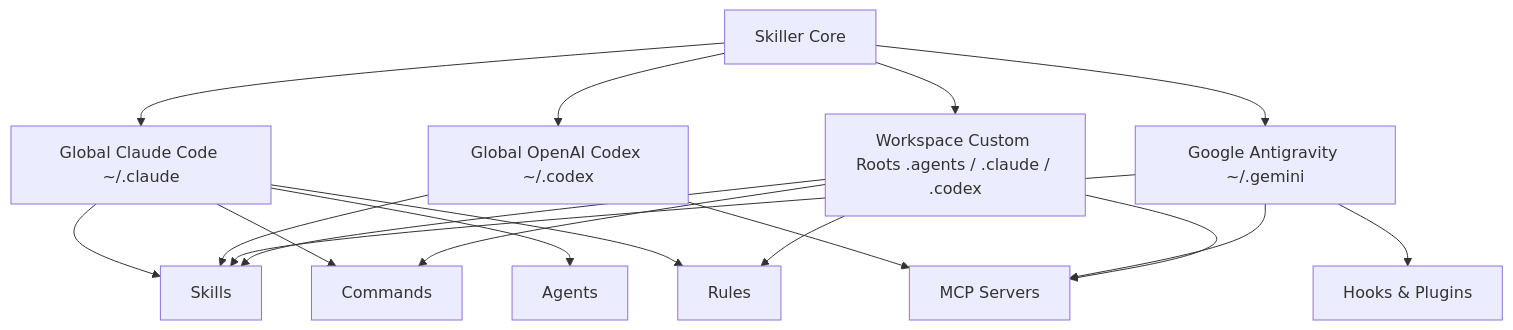
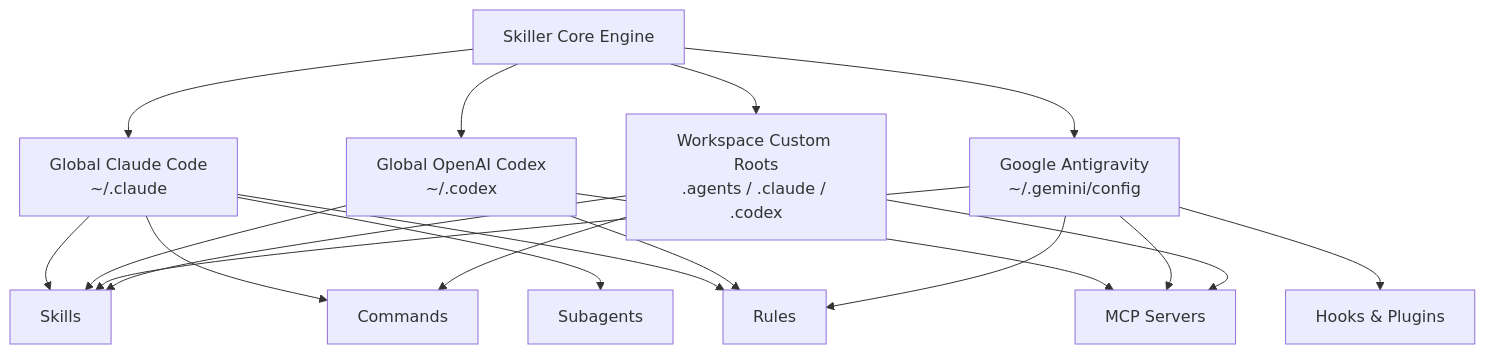
The diagram in README.md (Rasalp1/Skiller), drawn with Mermaid before and after one commit. The commit also changed other lines of this file and 24 other files, not shown here.

Commit message:
docs: add extensive readme with tags, architecture, and feature breakdown

````diff
--- a/README.md
+++ b/README.md
@@ -35,24 +42,25 @@
 ```mermaid
 graph TD
-    A[Skiller Core] --> B[Global Claude Code ~/.claude]
-    A --> C[Global OpenAI Codex ~/.codex]
-    A --> D[Google Antigravity ~/.gemini]
-    A --> E[Workspace Custom Roots .agents / .claude / .codex]
-    
+    A[Skiller Core Engine] --> B[Global Claude Code<br/>~/.claude]
+    A --> C[Global OpenAI Codex<br/>~/.codex]
+    A --> D[Google Antigravity<br/>~/.gemini/config]
+    A --> E[Workspace Custom Roots<br/>.agents / .claude / .codex]
+
     B --> F[Skills]
     B --> G[Commands]
-    B --> H[Agents]
+    B --> H[Subagents]
     B --> I[Rules]
-    
+
     C --> F
     C --> J[MCP Servers]
-    
+    C --> I
+
     D --> F
     D --> K[Hooks & Plugins]
     D --> J
-    
+    D --> I
+
     E --> F
     E --> G
-    E --> I
     E --> J
 ```
````
